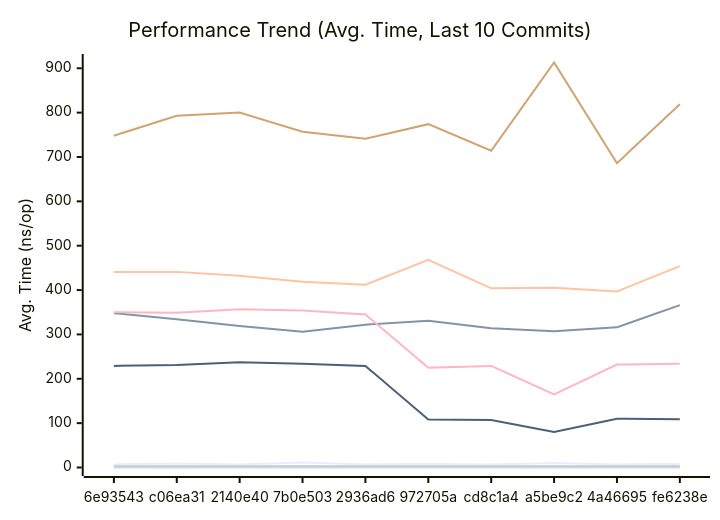
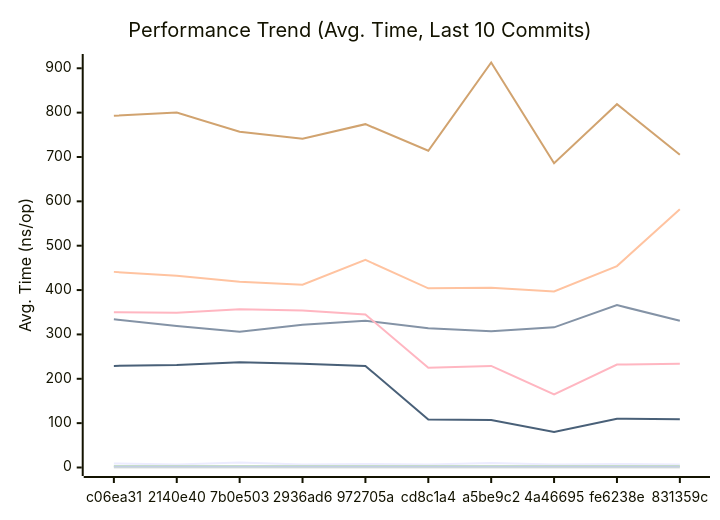
One commit to alsotoes/momo changed the first of 3 diagrams in docs/PERFORMANCE.md. Above: the diagram before and after it, drawn with Mermaid. The commit also changed other lines of this file and 2 other files, not shown here.

````diff
--- a/docs/PERFORMANCE.md
+++ b/docs/PERFORMANCE.md
@@ -80,16 +80,16 @@
 ```mermaid
 xychart-beta
     title "Performance Trend (Avg. Time, Last 10 Commits)"
     x-axis "Commit"
     y-axis "Avg. Time (ns/op)"
-    x-axis [6e93543,c06ea31,2140e40,7b0e503,2936ad6,972705a,cd8c1a4,a5be9c2,4a46695,fe6238e]
-    line "CheckMetricsAndSwap" [7,9,7,11,7,8,7,10,7,8]
-    line "CrushOptimized" [348,334,319,306,322,331,314,307,316,366]
-    line "CrushOriginal" [441,441,432,419,412,468,404,405,397,454]
+    x-axis [c06ea31,2140e40,7b0e503,2936ad6,972705a,cd8c1a4,a5be9c2,4a46695,fe6238e,831359c]
+    line "CheckMetricsAndSwap" [9,7,11,7,8,7,10,7,8,7]
+    line "CrushOptimized" [334,319,306,322,331,314,307,316,366,331]
+    line "CrushOriginal" [441,432,419,412,468,404,405,397,454,582]
     line "IndexDirectTracking" [0,0,0,0,0,0,0,0,0,0]
     line "IndexSearch" [3,3,3,3,3,3,3,3,3,3]
-    line "LoadGlobalConfig" [748,793,800,757,741,774,714,913,686,819]
+    line "LoadGlobalConfig" [793,800,757,741,774,714,913,686,819,705]
     line "PadString" [2,2,2,2,2,2,2,2,2,2]
     line "ParseReplicationOrder_NoPrealloc" [350,349,357,354,345,225,229,165,232,234]
     line "ParseReplicationOrder_Prealloc" [229,231,237,234,229,108,107,80,110,109]
 ```
````
